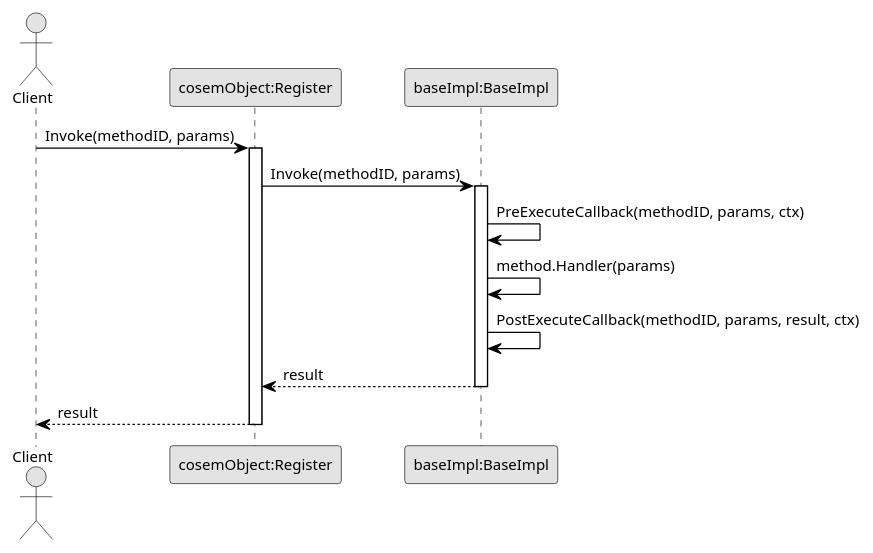
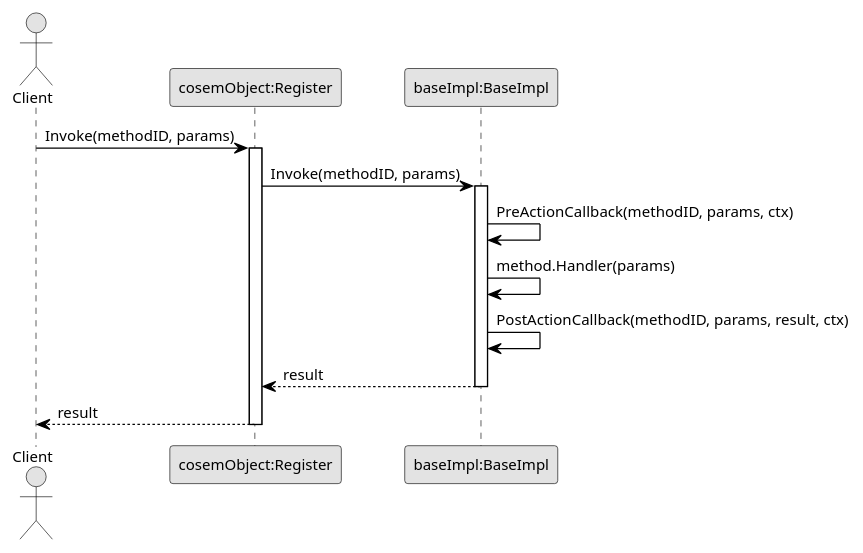
One commit to gvtret/spodes-go changed the diagram in docs/plantuml/sequence_diagram_invoke.puml. Above: the diagram before and after it, drawn with PlantUML. The commit also changed 2 other files, not shown here.

Commit message:
Rename method callbacks to action callbacks

```diff
--- a/docs/plantuml/sequence_diagram_invoke.puml
+++ b/docs/plantuml/sequence_diagram_invoke.puml
@@ -1,30 +1,30 @@
 @startuml
 ' skinparam
 skinparam monochrome true
 skinparam shadowing false
 skinparam defaultFontName "Arial"
 skinparam defaultFontSize 12
 skinparam roundCorner 5
 skinparam sequence {
     ActorBorderColor Black
     LifeLineBorderColor Black
     ParticipantBorderColor Black
     ArrowColor Black
 }
 
 actor Client
 participant "cosemObject:Register" as CosemObject
 participant "baseImpl:BaseImpl" as BaseImpl
 
 Client -> CosemObject: Invoke(methodID, params)
 activate CosemObject
 CosemObject -> BaseImpl: Invoke(methodID, params)
 activate BaseImpl
-BaseImpl -> BaseImpl: PreExecuteCallback(methodID, params, ctx)
+BaseImpl -> BaseImpl: PreActionCallback(methodID, params, ctx)
 BaseImpl -> BaseImpl: method.Handler(params)
-BaseImpl -> BaseImpl: PostExecuteCallback(methodID, params, result, ctx)
+BaseImpl -> BaseImpl: PostActionCallback(methodID, params, result, ctx)
 BaseImpl --> CosemObject: result
 deactivate BaseImpl
 CosemObject --> Client: result
 deactivate CosemObject
 @enduml
```
